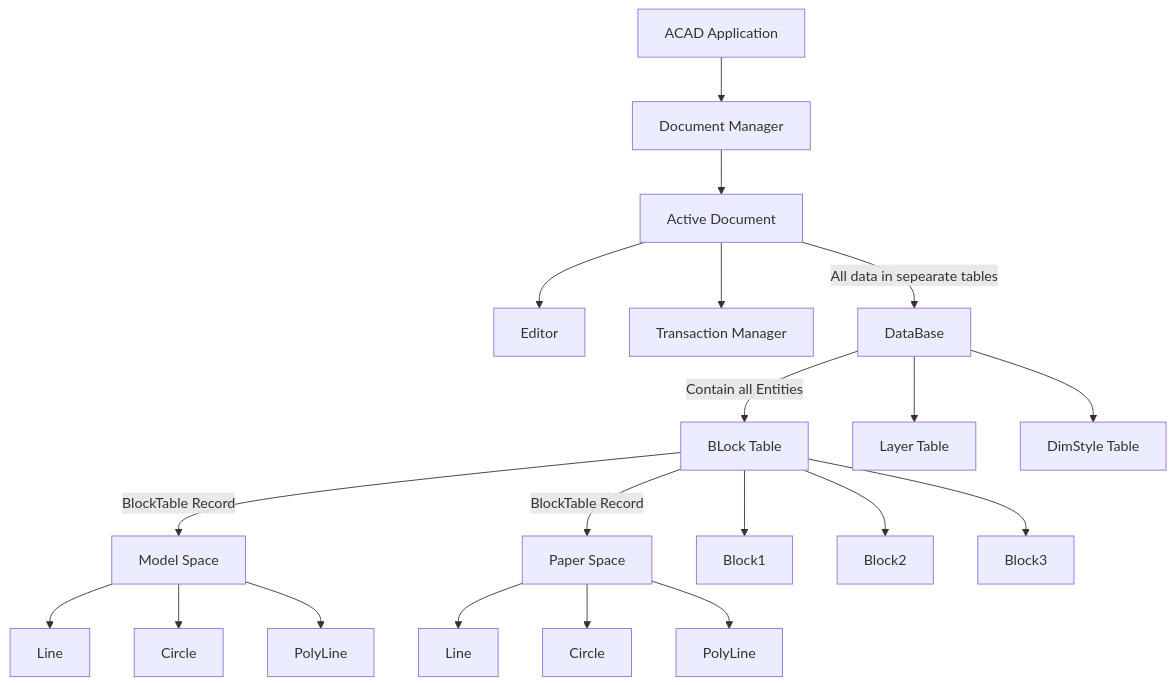
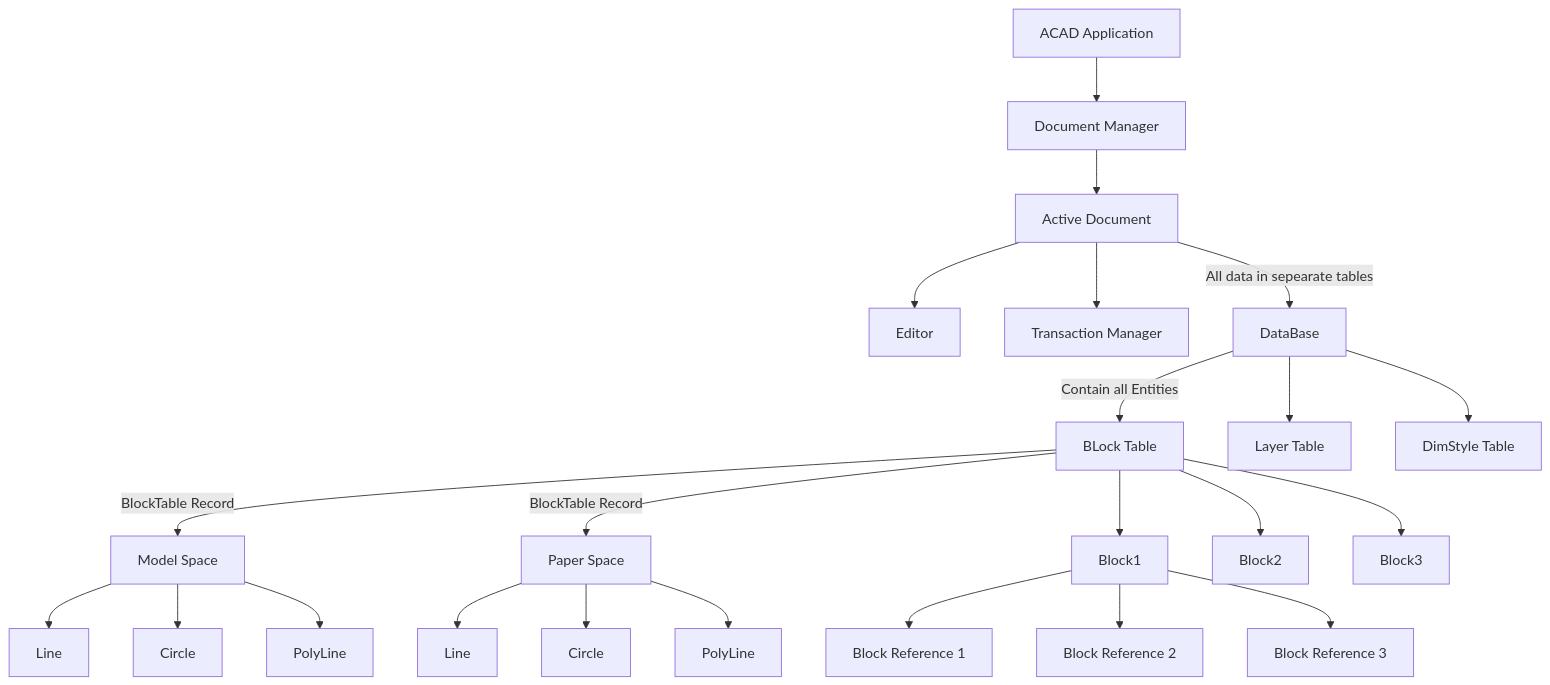
One commit to NodesAutomations/CSharp changed the first of 4 diagrams in Autocad/Doc/AutoCAD Object Model.md. Above: the diagram before and after it, drawn with Mermaid.

Commit message:
Update AutoCAD Object Model.md

````diff
--- a/Autocad/Doc/AutoCAD Object Model.md
+++ b/Autocad/Doc/AutoCAD Object Model.md
@@ -2,22 +2,25 @@
 ```mermaid
 graph TD
 A[ACAD Application]-->B[Document Manager]
 B-->C[Active Document]
 C-->E[Editor]
 C-->C3[Transaction Manager]
 C-->|All data in sepearate tables|D[DataBase]
 D-->|Contain all Entities|F[BLock Table]
 D-->G[Layer Table]
 D-->H[DimStyle Table]
 F-->|BlockTable Record|F1[Model Space]
 F-->|BlockTable Record|F2[Paper Space]
 F1-->F11[Line]
 F1-->F12[Circle]
 F1-->F13[PolyLine]
 F2-->F21[Line]
 F2-->F22[Circle]
 F2-->F23[PolyLine]
 F-->G1[Block1]
 F-->G2[Block2]
 F-->G3[Block3]
+G1-->H1[Block Reference 1]
+G1-->H2[Block Reference 2]
+G1-->H3[Block Reference 3]
 ```
````
